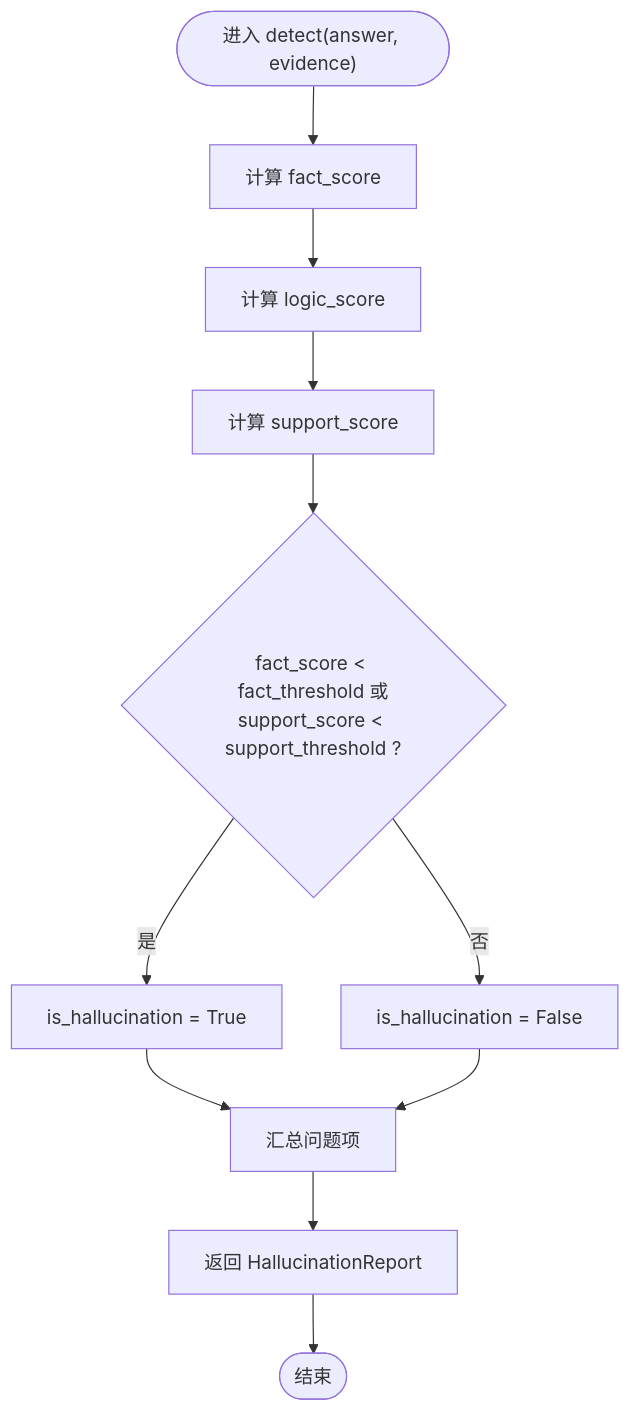
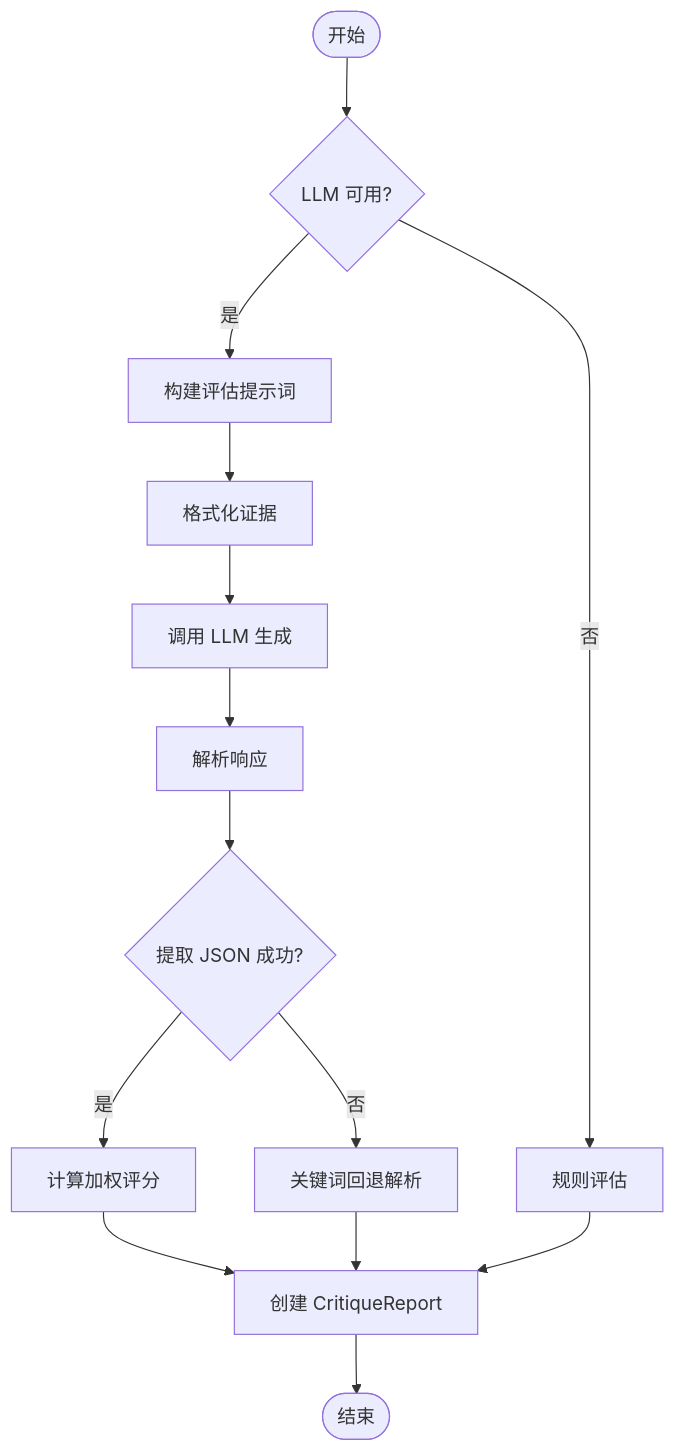
The third of 6 diagrams in .qoder/repowiki/zh/content/巩固层模块/批评者组件.md (JieGaoPrinceton/NecoRAG), drawn with Mermaid before and after one commit. The commit also changed other lines of this file and 181 other files, not shown here.

````diff
--- a/.qoder/repowiki/zh/content/巩固层模块/批评者组件.md
+++ b/.qoder/repowiki/zh/content/巩固层模块/批评者组件.md
@@ -182,13 +138,16 @@
 ```mermaid
 flowchart TD
-StartHD(["进入 detect(answer, evidence)"]) --> F1["计算 fact_score"]
-F1 --> F2["计算 logic_score"]
-F2 --> F3["计算 support_score"]
-F3 --> Judge{"fact_score < fact_threshold 或<br/>support_score < support_threshold ?"}
-Judge --> |是| MarkTrue["is_hallucination = True"]
-Judge --> |否| MarkFalse["is_hallucination = False"]
-MarkTrue --> Issues["汇总问题项"]
-MarkFalse --> Issues
-Issues --> Report["返回 HallucinationReport"]
-Report --> EndHD(["结束"])
+Start([开始]) --> CheckLLM{"LLM 可用?"}
+CheckLLM --> |是| BuildPrompt["构建评估提示词"]
+BuildPrompt --> FormatEvidence["格式化证据"]
+FormatEvidence --> CallLLM["调用 LLM 生成"]
+CallLLM --> ParseResp["解析响应"]
+ParseResp --> ExtractOK{"提取 JSON 成功?"}
+ExtractOK --> |是| CalcScore["计算加权评分"]
+ExtractOK --> |否| Fallback["关键词回退解析"]
+CalcScore --> CreateReport["创建 CritiqueReport"]
+Fallback --> CreateReport
+CheckLLM --> |否| RuleEval["规则评估"]
+RuleEval --> CreateReport
+CreateReport --> End([结束])
 ```
````
